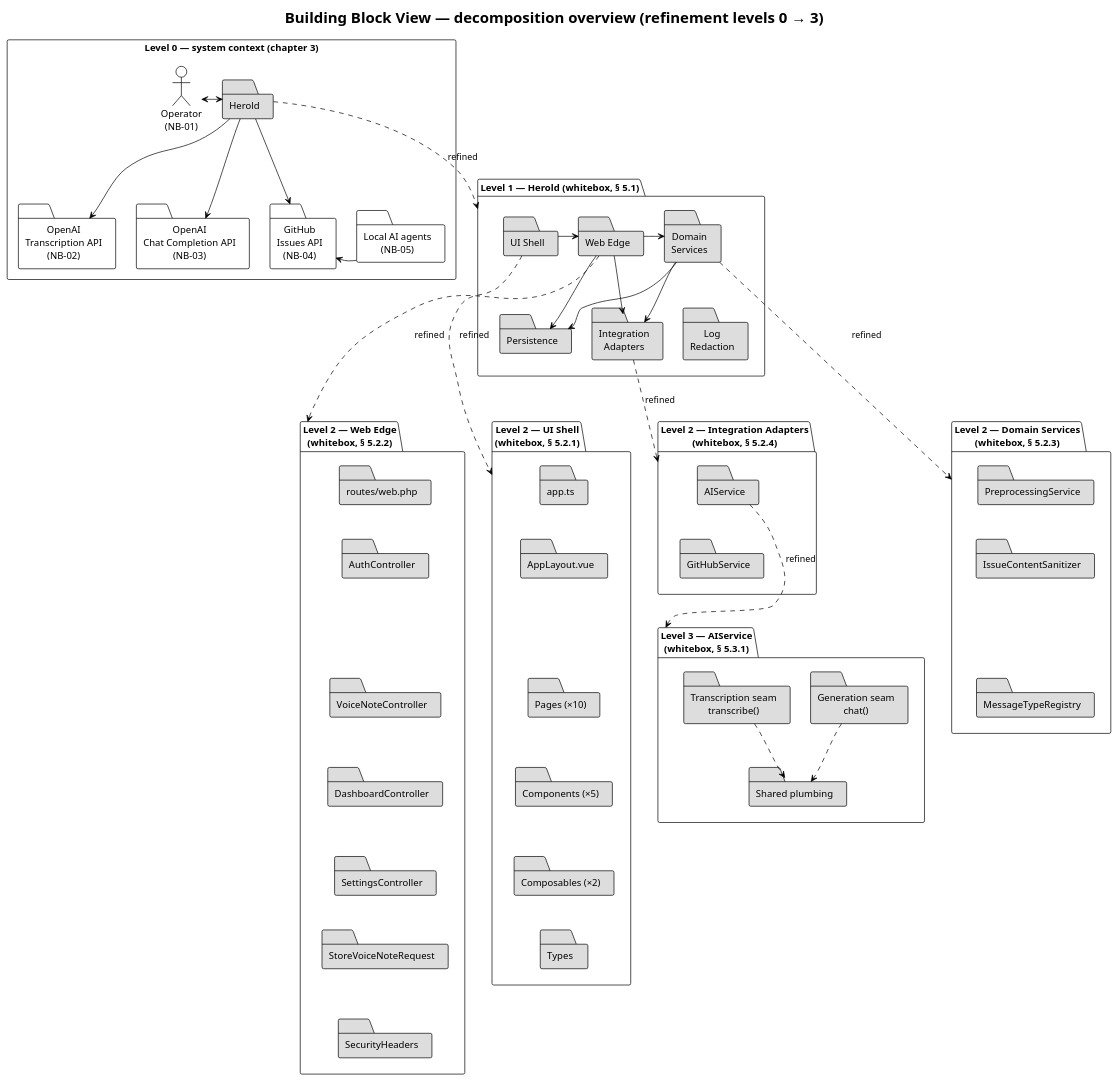
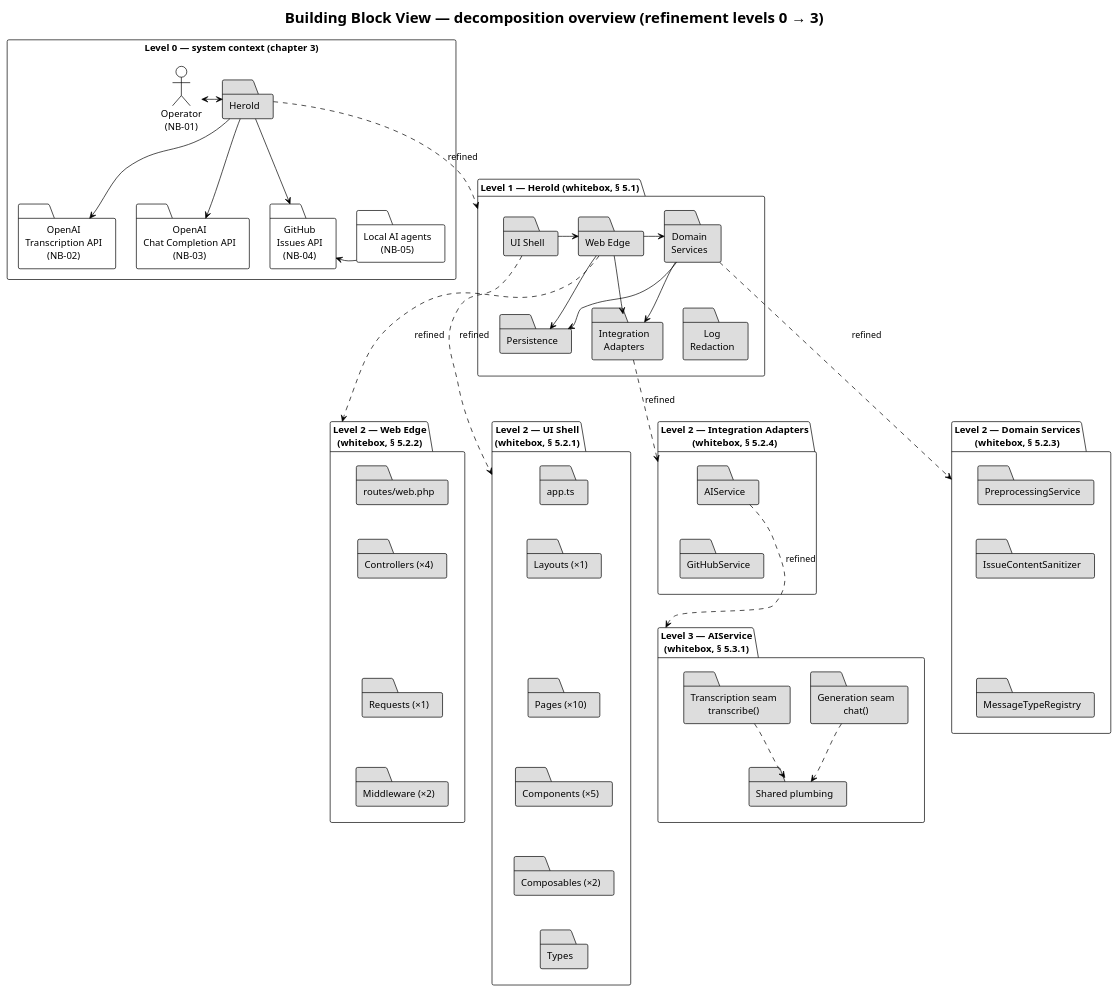
Before and after one commit to carstenlucke/herold: the diagram in docs/arch/diagrams/a05-decomposition-overview.plantuml, drawn with PlantUML. The commit also changed 6 other files, not shown here.

```diff
--- a/docs/arch/diagrams/a05-decomposition-overview.plantuml
+++ b/docs/arch/diagrams/a05-decomposition-overview.plantuml
@@ -1,126 +1,120 @@
 @startuml a05-decomposition-overview
 !theme plain
 skinparam defaultTextAlignment center
 skinparam ranksep 50
 skinparam nodesep 30
 
 title Building Block View — decomposition overview (refinement levels 0 → 3)
 
 ' ---------- Level 0: context (blackbox Herold) ----------
 rectangle "Level 0 — system context (chapter 3)" as L0 {
   actor "Operator\n(NB-01)" as op
   folder "Herold" as sys0 #DDDDDD
   folder "OpenAI\nTranscription API\n(NB-02)" as nb02
   folder "OpenAI\nChat Completion API\n(NB-03)" as nb03
   folder "GitHub\nIssues API\n(NB-04)" as nb04
   folder "Local AI agents\n(NB-05)" as nb05
 
   op <-r-> sys0
   sys0 --> nb02
   sys0 --> nb03
   sys0 --> nb04
   nb05 -l-> nb04
   nb02 -[hidden]r-> nb03
   nb03 -[hidden]r-> nb04
   nb04 -[hidden]r-> nb05
 }
 
 ' ---------- Level 1: whitebox Herold ----------
 package "Level 1 — Herold (whitebox, § 5.1)" as L1 {
   folder "UI Shell" as ui1 #DDDDDD
   folder "Web Edge" as edge1 #DDDDDD
   folder "Domain\nServices" as dom1 #DDDDDD
   folder "Integration\nAdapters" as ad1 #DDDDDD
   folder "Persistence" as per1 #DDDDDD
   folder "Log\nRedaction" as log1 #DDDDDD
 
   ui1 -r-> edge1
   edge1 -r-> dom1
   dom1 -r-> ad1
   edge1 --> ad1
   edge1 -d-> per1
   dom1 -d-> per1
   per1 -[hidden]r-> log1
 }
 
 sys0 -[dashed]d-> L1 : refined
 
 ' ---------- Level 2: one whitebox per opened level-1 blackbox ----------
 package "Level 2 — UI Shell\n(whitebox, § 5.2.1)" as L2ui {
   folder "app.ts" as f_app #DDDDDD
-  folder "AppLayout.vue" as f_layout #DDDDDD
+  folder "Layouts (×1)" as f_layout #DDDDDD
   folder "Pages (×10)" as f_pages #DDDDDD
   folder "Components (×5)" as f_comp #DDDDDD
   folder "Composables (×2)" as f_compo #DDDDDD
   folder "Types" as f_types #DDDDDD
 
   f_app -[hidden]d-> f_layout
   f_layout -[hidden]d-> f_pages
   f_pages -[hidden]d-> f_comp
   f_comp -[hidden]d-> f_compo
   f_compo -[hidden]d-> f_types
 }
 
 package "Level 2 — Web Edge\n(whitebox, § 5.2.2)" as L2edge {
   folder "routes/web.php" as f_routes #DDDDDD
-  folder "AuthController" as f_auth #DDDDDD
-  folder "VoiceNoteController" as f_vnc #DDDDDD
-  folder "DashboardController" as f_dash #DDDDDD
-  folder "SettingsController" as f_set #DDDDDD
-  folder "StoreVoiceNoteRequest" as f_svr #DDDDDD
-  folder "SecurityHeaders" as f_sech #DDDDDD
+  folder "Controllers (×4)" as f_ctrl #DDDDDD
+  folder "Requests (×1)" as f_req #DDDDDD
+  folder "Middleware (×2)" as f_mw #DDDDDD
 
-  f_routes -[hidden]d-> f_auth
-  f_auth -[hidden]d-> f_vnc
-  f_vnc -[hidden]d-> f_dash
-  f_dash -[hidden]d-> f_set
-  f_set -[hidden]d-> f_svr
-  f_svr -[hidden]d-> f_sech
+  f_routes -[hidden]d-> f_ctrl
+  f_ctrl -[hidden]d-> f_req
+  f_req -[hidden]d-> f_mw
 }
 
 package "Level 2 — Domain Services\n(whitebox, § 5.2.3)" as L2dom {
   folder "PreprocessingService" as f_prep #DDDDDD
   folder "IssueContentSanitizer" as f_sani #DDDDDD
   folder "MessageTypeRegistry" as f_reg #DDDDDD
 
   f_prep -[hidden]d-> f_sani
   f_sani -[hidden]d-> f_reg
 }
 
 package "Level 2 — Integration Adapters\n(whitebox, § 5.2.4)" as L2ad {
   folder "AIService" as f_ai #DDDDDD
   folder "GitHubService" as f_gh #DDDDDD
 
   f_ai -[hidden]d-> f_gh
 }
 
 ' keep the four level-2 whiteboxes in one horizontal band,
 ' fully below the level-1 whitebox
 L2ui -[hidden]r-> L2edge
 L2edge -[hidden]r-> L2dom
 L2dom -[hidden]r-> L2ad
 per1 -[hidden]d-> L2ui
 per1 -[hidden]d-> L2edge
 log1 -[hidden]d-> L2dom
 log1 -[hidden]d-> L2ad
 
 ui1 -[dashed]d-> L2ui : refined
 edge1 -[dashed]d-> L2edge : refined
 dom1 -[dashed]d-> L2dom : refined
 ad1 -[dashed]d-> L2ad : refined
 
 ' ---------- Level 3: the AI seams ----------
 package "Level 3 — AIService\n(whitebox, § 5.3.1)" as L3 {
   folder "Transcription seam\ntranscribe()" as f_tseam #DDDDDD
   folder "Generation seam\nchat()" as f_gseam #DDDDDD
   folder "Shared plumbing" as f_shared #DDDDDD
 
   f_tseam -[hidden]r-> f_gseam
   f_tseam -[dashed]d-> f_shared
   f_gseam -[dashed]d-> f_shared
 }
 
 f_gh -[hidden]d-> L3
 f_ai -[dashed]d-> L3 : refined
 
 @enduml
```
